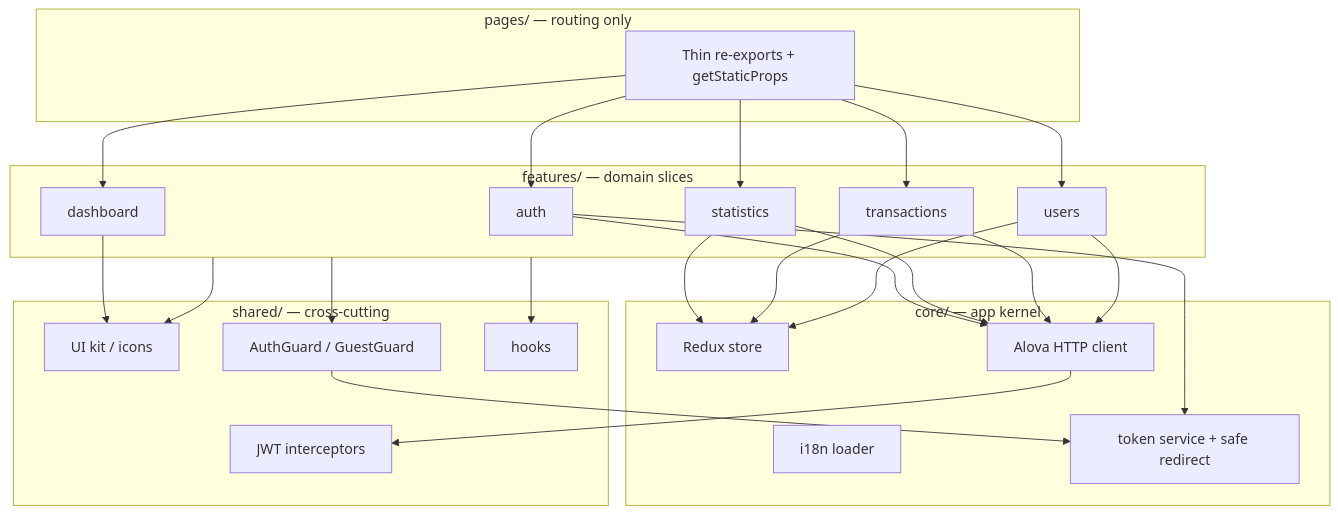
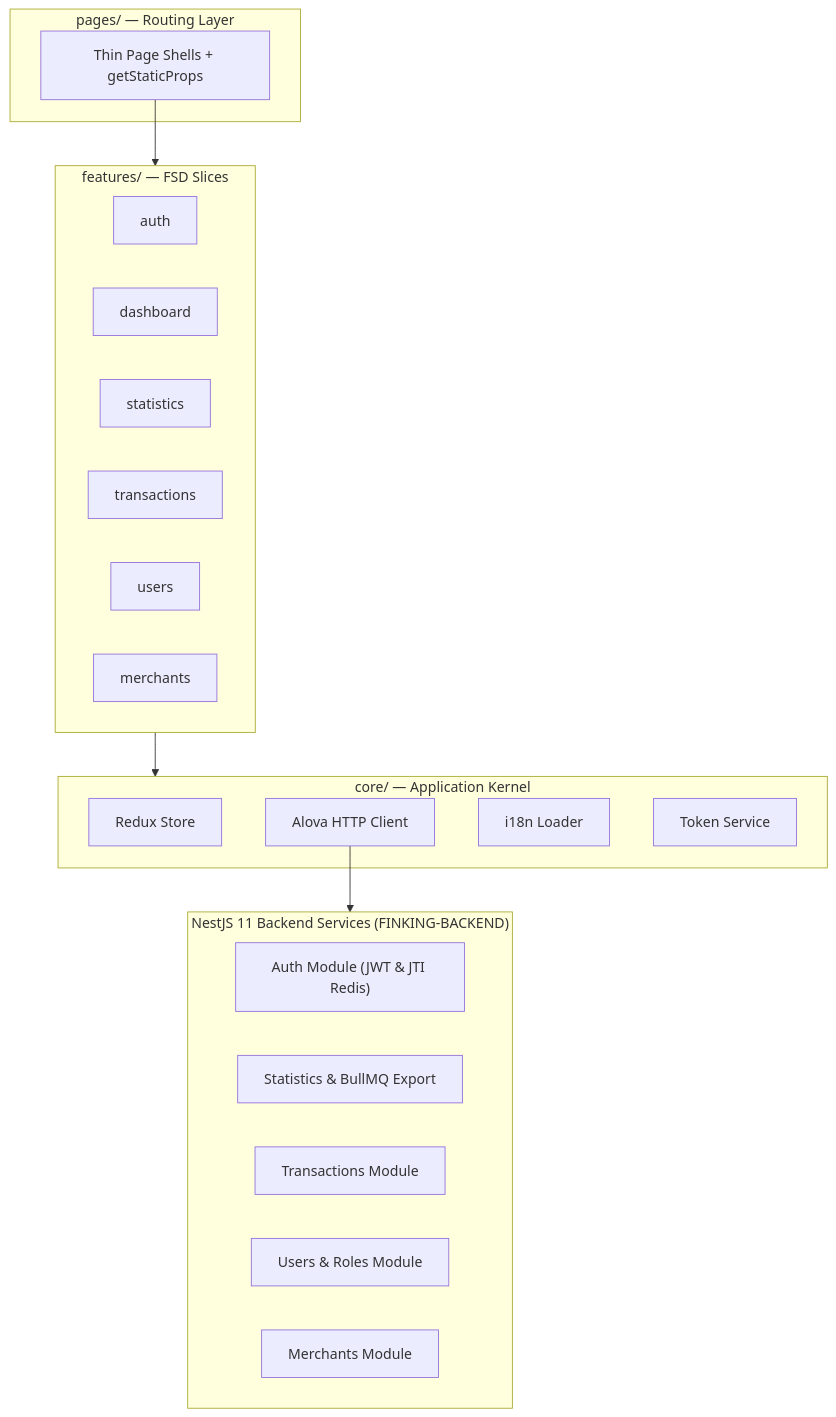
Before and after one commit to swe-rashad/FINKING-FRONTEND: the diagram in README.md, drawn with Mermaid. The commit also changed other lines of this file and 50 other files, not shown here.

Commit message:
feat: integrate NestJS backend APIs, add merchants module, update mock adapter and comprehensive README

````diff
--- a/README.md
+++ b/README.md
@@ -21,50 +33,34 @@
 ```mermaid
 flowchart TB
-  subgraph pagesLayer ["pages/ — routing only"]
-    routes["Thin re-exports + getStaticProps"]
+  subgraph pagesLayer ["pages/ — Routing Layer"]
+    routes["Thin Page Shells + getStaticProps"]
   end
 
-  subgraph featuresLayer ["features/ — domain slices"]
+  subgraph featuresLayer ["features/ — FSD Slices"]
     auth["auth"]
     dashboard["dashboard"]
     statistics["statistics"]
     transactions["transactions"]
     users["users"]
+    merchants["merchants"]
   end
 
-  subgraph coreLayer ["core/ — app kernel"]
-    store["Redux store"]
-    alova["Alova HTTP client"]
-    i18n["i18n loader"]
-    tokens["token service + safe redirect"]
+  subgraph coreLayer ["core/ — Application Kernel"]
+    store["Redux Store"]
+    alova["Alova HTTP Client"]
+    i18n["i18n Loader"]
+    tokens["Token Service"]
   end
 
-  subgraph sharedLayer ["shared/ — cross-cutting"]
-    ui["UI kit / icons"]
-    guards["AuthGuard / GuestGuard"]
-    hooks["hooks"]
-    interceptors["JWT interceptors"]
+  subgraph backendLayer ["NestJS 11 Backend Services (FINKING-BACKEND)"]
+    authBE["Auth Module (JWT & JTI Redis)"]
+    statsBE["Statistics & BullMQ Export"]
+    txBE["Transactions Module"]
+    usersBE["Users & Roles Module"]
+    merchantsBE["Merchants Module"]
   end
 
-  routes --> auth
-  routes --> dashboard
-  routes --> statistics
-  routes --> transactions
-  routes --> users
-
-  auth --> alova
-  auth --> tokens
-  dashboard --> ui
-  statistics --> store
-  statistics --> alova
-  transactions --> store
-  transactions --> alova
-  users --> store
-  users --> alova
-
-  alova --> interceptors
-  guards --> tokens
-  featuresLayer --> ui
-  featuresLayer --> hooks
-  featuresLayer --> guards
+  routes --> featuresLayer
+  featuresLayer --> coreLayer
+  alova --> backendLayer
 ```
````
